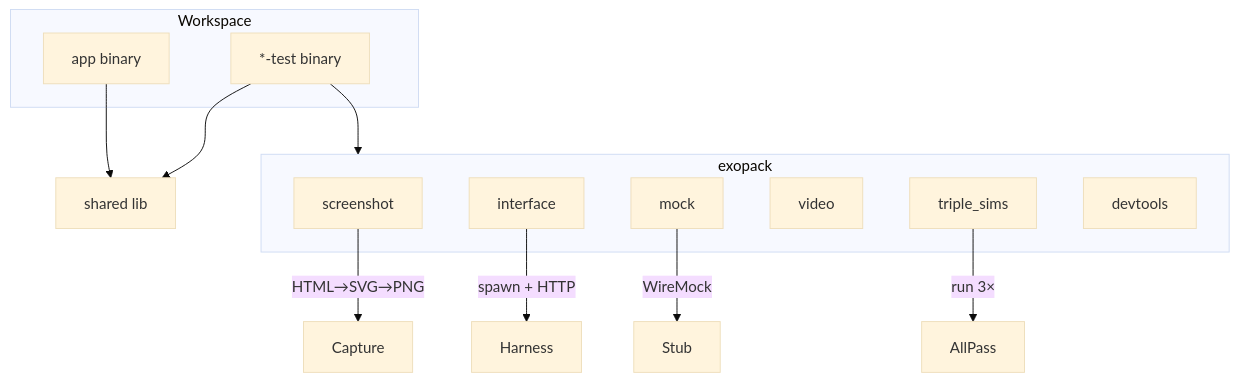
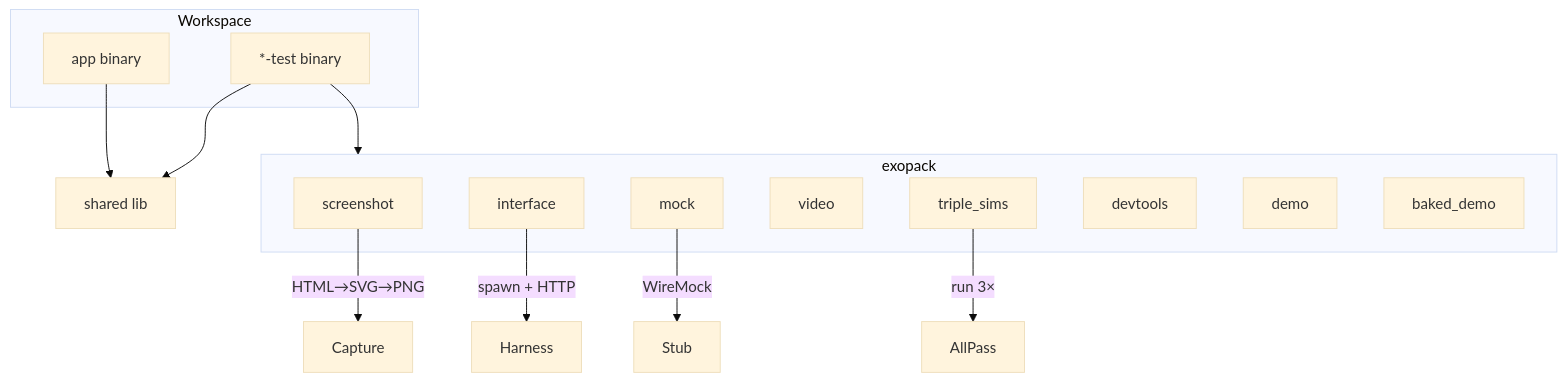
One commit to cochranblock/exopack changed the diagram in README.md. Above: the diagram before and after it, drawn with Mermaid (base theme). The commit also changed other lines of this file and 3 other files, not shown here.

````diff
--- a/README.md
+++ b/README.md
@@ -21,25 +21,27 @@
 ```mermaid
 flowchart TB
     subgraph Workspace
         App[app binary]
         Test["*-test binary"]
     end
 
     subgraph exopack
         Screenshot[screenshot]
         Interface[interface]
         Mock[mock]
         Video[video]
         Triple[triple_sims]
         Devtools[devtools]
+        Demo[demo]
+        BakedDemo[baked_demo]
     end
 
     App --> Core[shared lib]
     Test --> Core
     Test --> exopack
 
     Screenshot --> |HTML→SVG→PNG| Capture
     Interface --> |spawn + HTTP| Harness
     Mock --> |WireMock| Stub
     Triple --> |run 3×| AllPass
 ```
````
